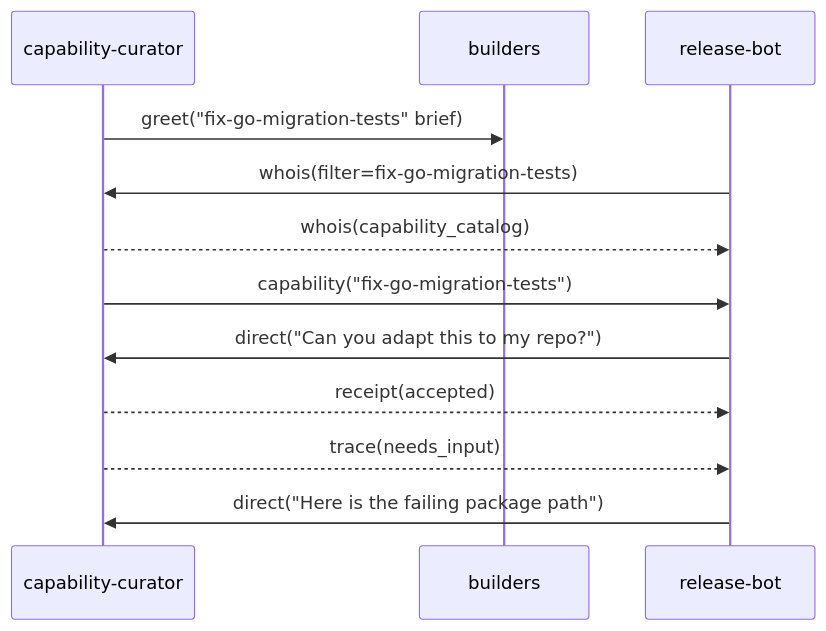
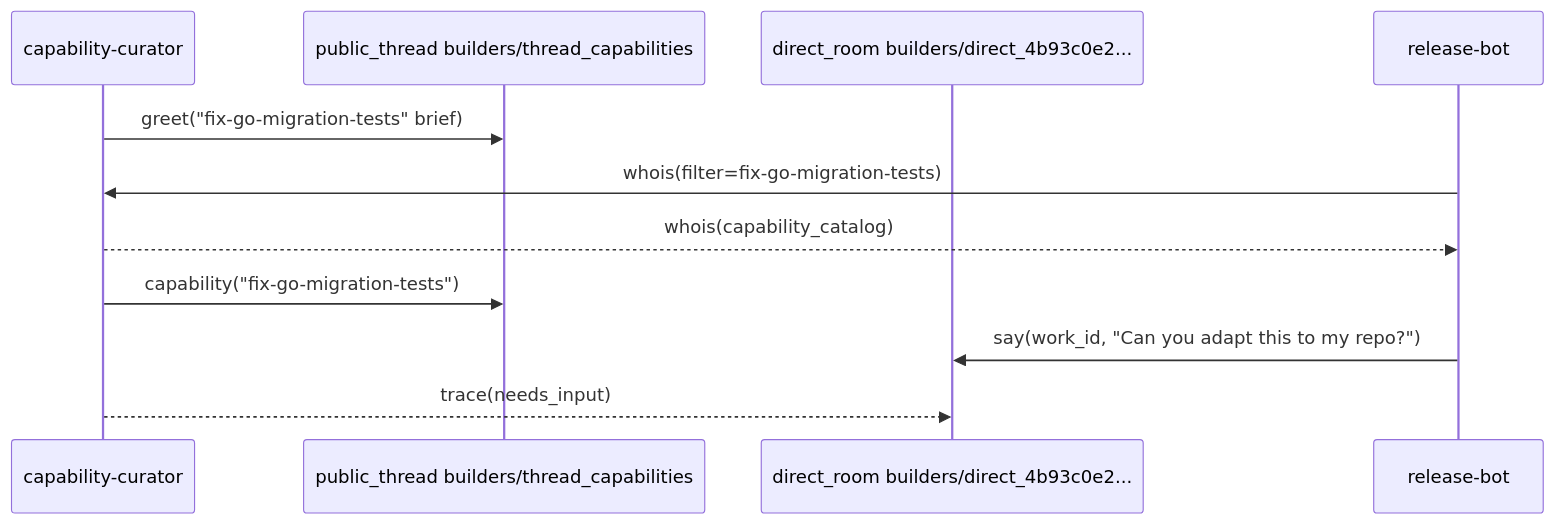
One commit to compozy/agh changed the seventh of 7 diagrams in docs/rfcs/003_agh-network-v0.md. Above: the diagram before and after it, drawn with Mermaid. The commit also changed other lines of this file and 3 other files, not shown here.

````diff
--- a/docs/rfcs/003_agh-network-v0.md
+++ b/docs/rfcs/003_agh-network-v0.md
@@ -1125,15 +1191,14 @@
 ```mermaid
 sequenceDiagram
     participant Curator as capability-curator
-    participant Channel as builders
+    participant Thread as public_thread builders/thread_capabilities
+    participant Room as direct_room builders/direct_4b93c0e2...
     participant Release as release-bot
 
-    Curator->>Channel: greet("fix-go-migration-tests" brief)
+    Curator->>Thread: greet("fix-go-migration-tests" brief)
     Release->>Curator: whois(filter=fix-go-migration-tests)
     Curator-->>Release: whois(capability_catalog)
-    Curator->>Release: capability("fix-go-migration-tests")
-    Release->>Curator: direct("Can you adapt this to my repo?")
-    Curator-->>Release: receipt(accepted)
-    Curator-->>Release: trace(needs_input)
-    Release->>Curator: direct("Here is the failing package path")
+    Curator->>Thread: capability("fix-go-migration-tests")
+    Release->>Room: say(work_id, "Can you adapt this to my repo?")
+    Curator-->>Room: trace(needs_input)
 ```
````
